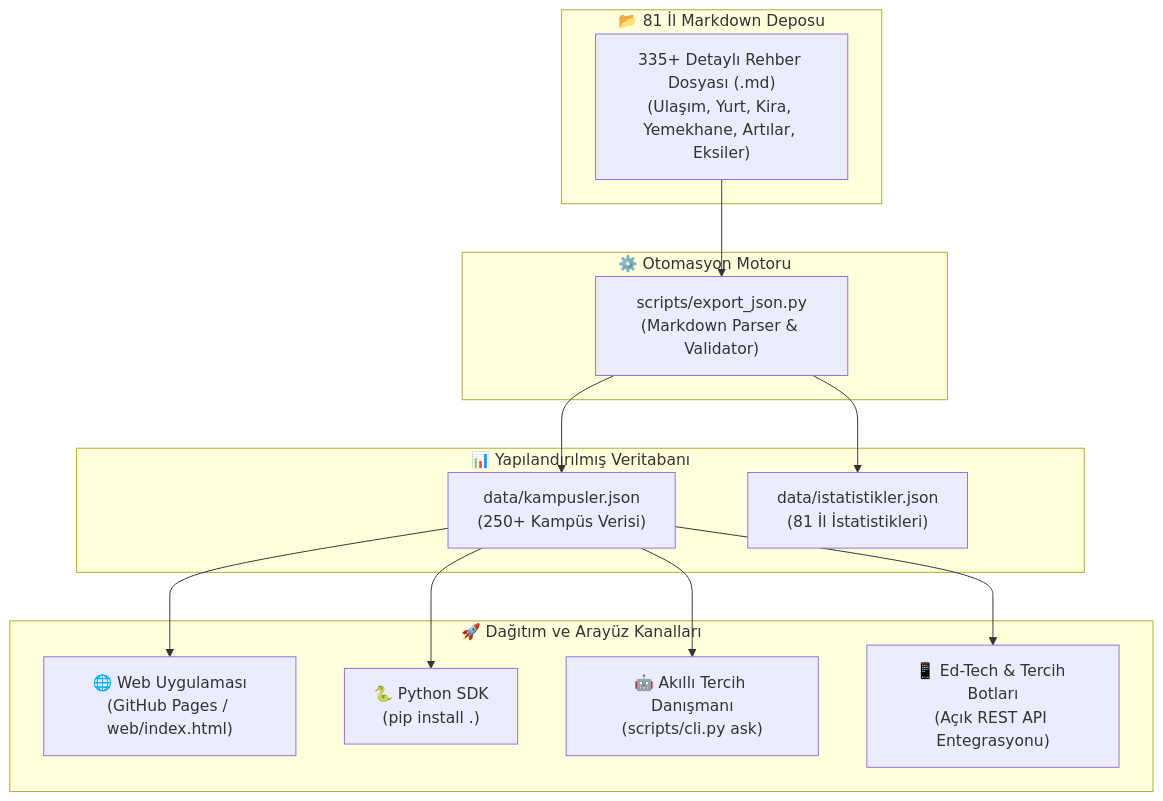
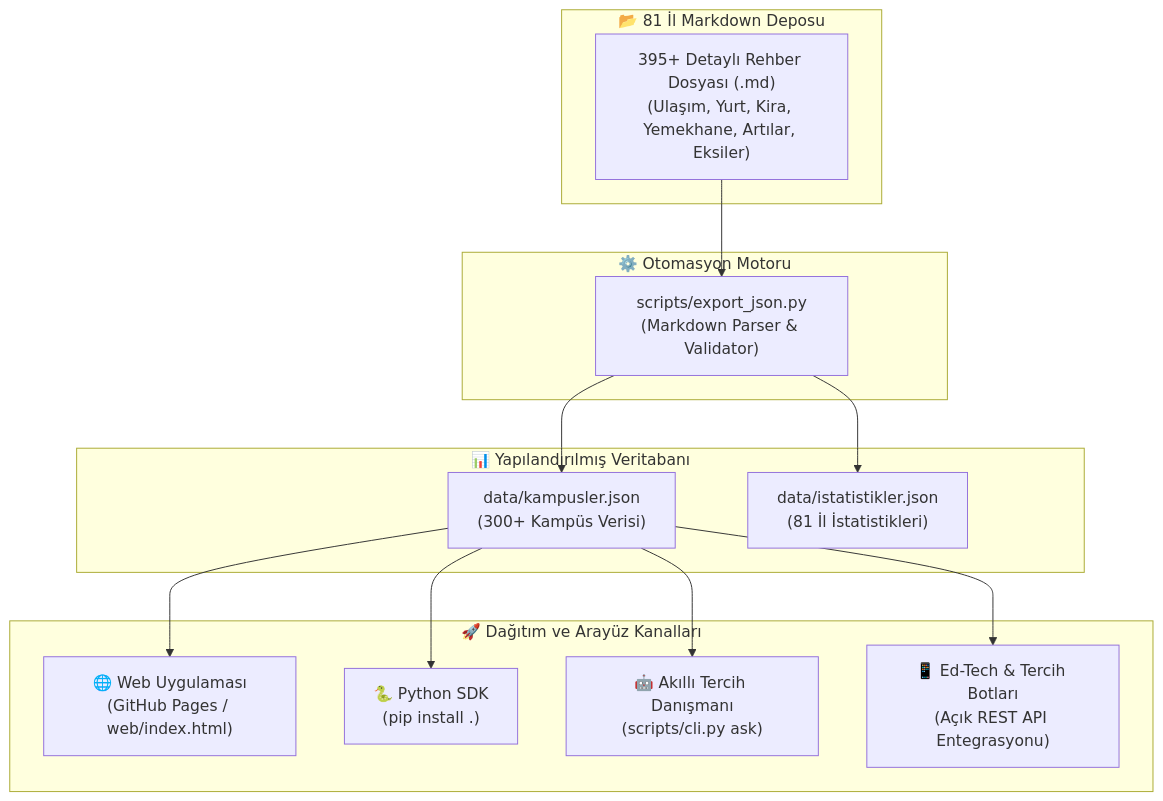
Before and after one commit to bahattinyunus/turkiye-kampus-rehberi: the first of 2 diagrams in README.md, drawn with Mermaid. The commit also changed other lines of this file and 209 other files, not shown here.

````diff
--- a/README.md
+++ b/README.md
@@ -57,26 +57,26 @@
 ```mermaid
 flowchart TD
     subgraph Kaynak [📂 81 İl Markdown Deposu]
-        A["335+ Detaylı Rehber Dosyası (.md)<br/>(Ulaşım, Yurt, Kira, Yemekhane, Artılar, Eksiler)"]
+        A["395+ Detaylı Rehber Dosyası (.md)<br/>(Ulaşım, Yurt, Kira, Yemekhane, Artılar, Eksiler)"]
     end
 
     subgraph Donusturucu [⚙️ Otomasyon Motoru]
         B["scripts/export_json.py<br/>(Markdown Parser & Validator)"]
     end
 
     subgraph Veritabani [📊 Yapılandırılmış Veritabanı]
-        C["data/kampusler.json<br/>(250+ Kampüs Verisi)"]
+        C["data/kampusler.json<br/>(300+ Kampüs Verisi)"]
         D["data/istatistikler.json<br/>(81 İl İstatistikleri)"]
     end
 
     subgraph Arayuzler [🚀 Dağıtım ve Arayüz Kanalları]
         E["🌐 Web Uygulaması<br/>(GitHub Pages / web/index.html)"]
         F["🐍 Python SDK<br/>(pip install .)"]
         G["🤖 Akıllı Tercih Danışmanı<br/>(scripts/cli.py ask)"]
         H["📱 Ed-Tech & Tercih Botları<br/>(Açık REST API Entegrasyonu)"]
     end
 
     A --> B
     B --> C & D
     C --> E & F & G & H
 ```
````
